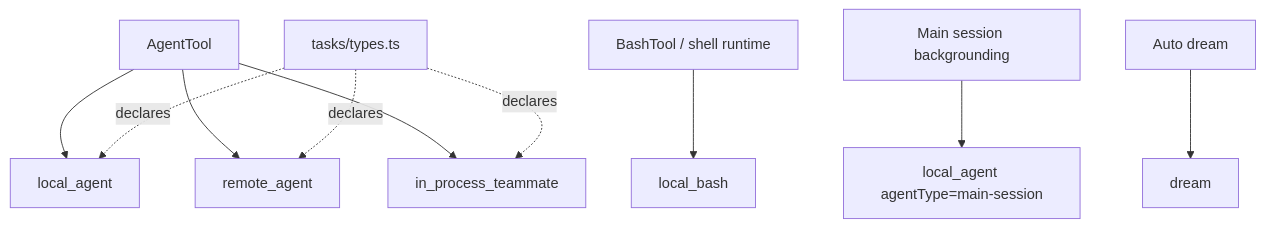
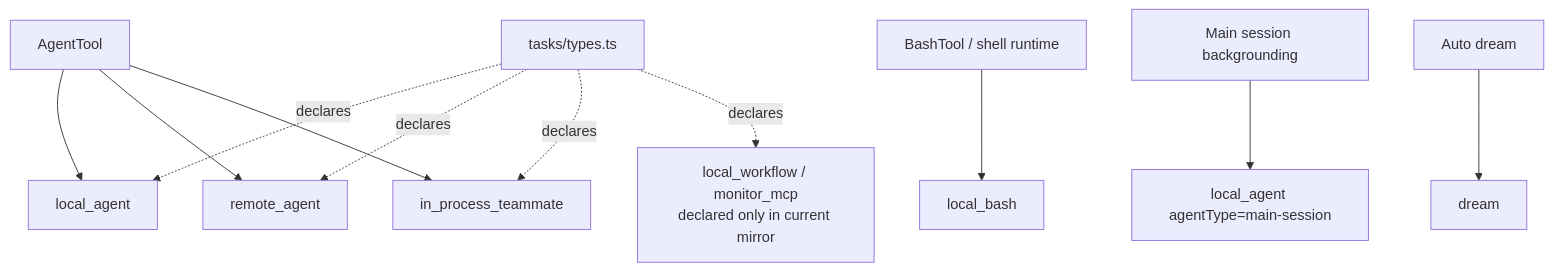
Before and after one commit to Boulea7/ClaudeCode-Source-DeepDive: the second of 2 diagrams in MODULES/01-agent-loop-and-teams/DEEP/README.md, drawn with Mermaid. The commit also changed other lines of this file and 8 other files, not shown here.

````diff
--- a/MODULES/01-agent-loop-and-teams/DEEP/README.md
+++ b/MODULES/01-agent-loop-and-teams/DEEP/README.md
@@ -259,12 +269,13 @@
 ```mermaid
 flowchart TD
     A[AgentTool] --> B[local_agent]
     A --> C[remote_agent]
     A --> D[in_process_teammate]
     E[BashTool / shell runtime] --> F[local_bash]
     G[Main session backgrounding] --> H[local_agent agentType=main-session]
     I[Auto dream] --> J[dream]
     K[tasks/types.ts] -.declares.-> B
     K -.declares.-> C
     K -.declares.-> D
+    K -.declares.-> L[local_workflow / monitor_mcp<br/>declared only in current mirror]
 ```
````
